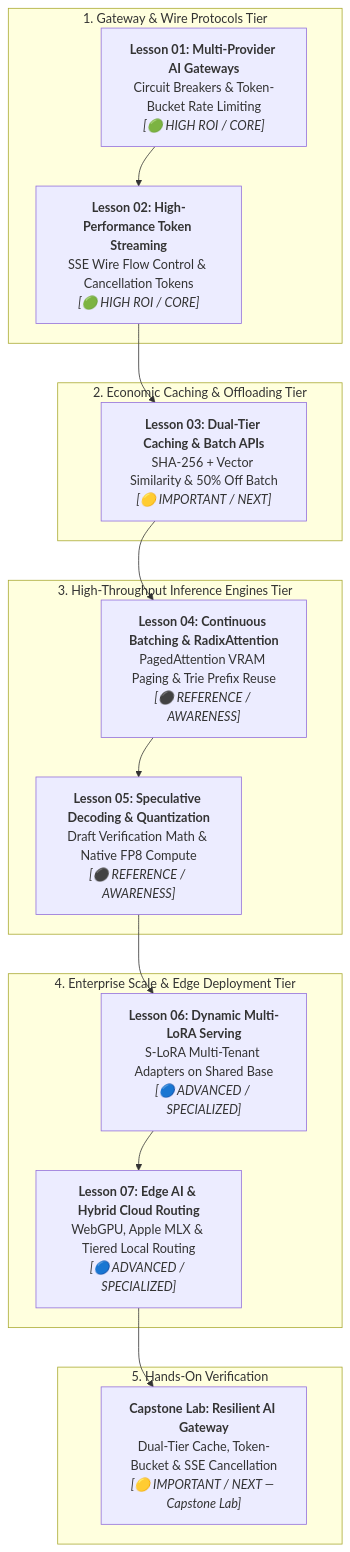
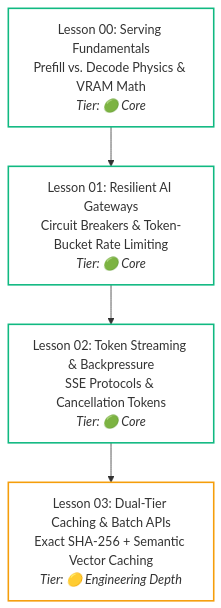
The first of 2 diagrams in 07-production-deployment-and-llmops/README.md (dip4k/senior-engineer-to-ai-engineer-roadmap), drawn with Mermaid before and after one commit. The commit also changed other lines of this file and 49 other files, not shown here.

First line of the commit message:
feat(curriculum): complete 2026 refactoring across roadmaps, use-cases, labs, and agent-forge

````diff
--- a/07-production-deployment-and-llmops/README.md
+++ b/07-production-deployment-and-llmops/README.md
@@ -24,37 +29,16 @@
 ```mermaid
 flowchart TD
-    subgraph IngressTier["1. Gateway & Wire Protocols Tier"]
-        L1["<b>Lesson 01: Multi-Provider AI Gateways</b><br/>Circuit Breakers & Token-Bucket Rate Limiting<br/><i>[🟢 HIGH ROI / CORE]</i>"]
-        L2["<b>Lesson 02: High-Performance Token Streaming</b><br/>SSE Wire Flow Control & Cancellation Tokens<br/><i>[🟢 HIGH ROI / CORE]</i>"]
-        L1 --> L2
-    end
+    L00["Lesson 00: Serving Fundamentals<br/>Prefill vs. Decode Physics & VRAM Math<br/><i>Tier: 🟢 Core</i>"]
+    L01["Lesson 01: Resilient AI Gateways<br/>Circuit Breakers & Token-Bucket Rate Limiting<br/><i>Tier: 🟢 Core</i>"]
+    L02["Lesson 02: Token Streaming & Backpressure<br/>SSE Protocols & Cancellation Tokens<br/><i>Tier: 🟢 Core</i>"]
+    L03["Lesson 03: Dual-Tier Caching & Batch APIs<br/>Exact SHA-256 + Semantic Vector Caching<br/><i>Tier: 🟡 Engineering Depth</i>"]
 
-    subgraph GovernanceTier["2. Economic Caching & Offloading Tier"]
-        L3["<b>Lesson 03: Dual-Tier Caching & Batch APIs</b><br/>SHA-256 + Vector Similarity & 50% Off Batch<br/><i>[🟡 IMPORTANT / NEXT]</i>"]
-        L2 --> L3
-    end
+    L00 --> L01
+    L01 --> L02
+    L02 --> L03
 
-    subgraph CoreEngineTier["3. High-Throughput Inference Engines Tier"]
-        L4["<b>Lesson 04: Continuous Batching & RadixAttention</b><br/>PagedAttention VRAM Paging & Trie Prefix Reuse<br/><i>[⚫ REFERENCE / AWARENESS]</i>"]
-        L5["<b>Lesson 05: Speculative Decoding & Quantization</b><br/>Draft Verification Math & Native FP8 Compute<br/><i>[⚫ REFERENCE / AWARENESS]</i>"]
-        L3 --> L4
-        L4 --> L5
-    end
-
-    subgraph SpecializationTier["4. Enterprise Scale & Edge Deployment Tier"]
-        L6["<b>Lesson 06: Dynamic Multi-LoRA Serving</b><br/>S-LoRA Multi-Tenant Adapters on Shared Base<br/><i>[🔵 ADVANCED / SPECIALIZED]</i>"]
-        L7["<b>Lesson 07: Edge AI & Hybrid Cloud Routing</b><br/>WebGPU, Apple MLX & Tiered Local Routing<br/><i>[🔵 ADVANCED / SPECIALIZED]</i>"]
-        L5 --> L6
-        L6 --> L7
-    end
-
-    subgraph LabTier["5. Hands-On Verification"]
-        Lab["<b>Capstone Lab: Resilient AI Gateway</b><br/>Dual-Tier Cache, Token-Bucket & SSE Cancellation<br/><i>[🟡 IMPORTANT / NEXT — Capstone Lab]</i>"]
-        L7 --> Lab
-    end
-
-    IngressTier ~~~ GovernanceTier
-    GovernanceTier ~~~ CoreEngineTier
-    CoreEngineTier ~~~ SpecializationTier
-    SpecializationTier ~~~ LabTier
+    style L00 fill:none,stroke:#10b981,stroke-width:2px
+    style L01 fill:none,stroke:#10b981,stroke-width:2px
+    style L02 fill:none,stroke:#10b981,stroke-width:2px
+    style L03 fill:none,stroke:#f59e0b,stroke-width:2px
 ```
````
